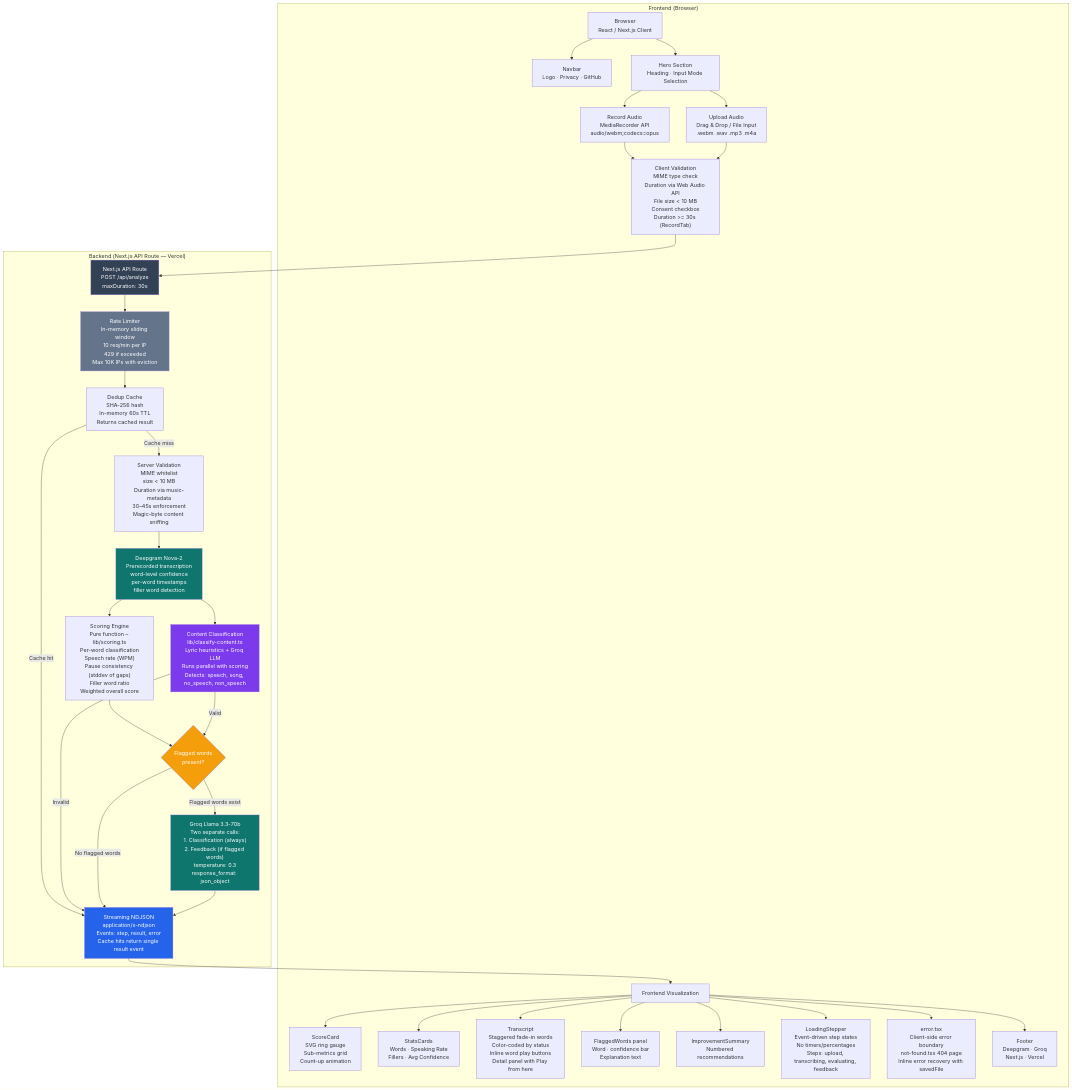
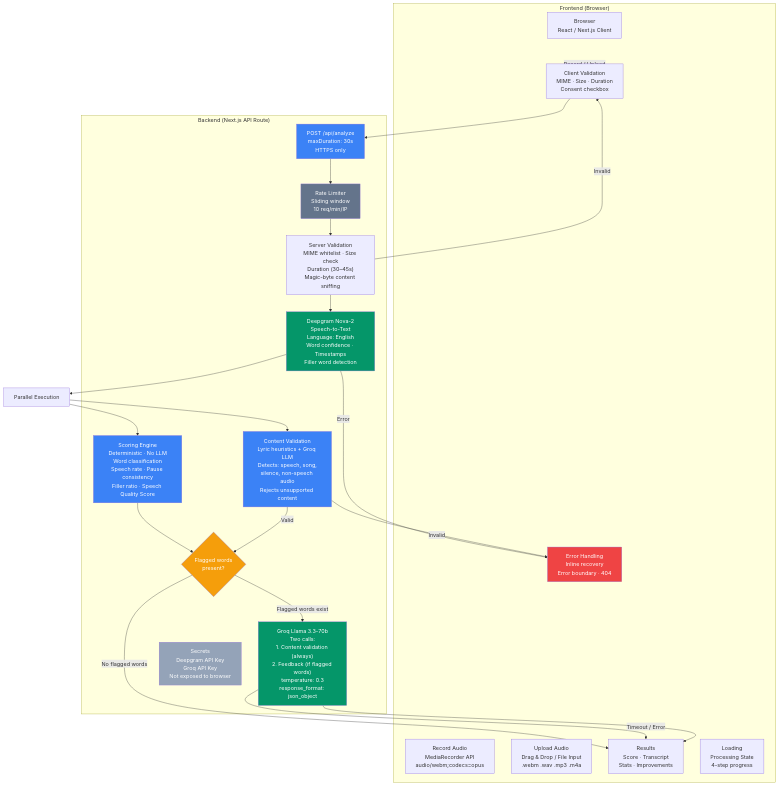
The diagram in ARCHITECTURE.md (Rahul-Aitla/livo), drawn with Mermaid before and after one commit. The commit also changed other lines of this file and 8 other files, not shown here.

Commit message:
architecture file

````diff
--- a/ARCHITECTURE.md
+++ b/ARCHITECTURE.md
@@ -5,182 +5,96 @@
 ```mermaid
 flowchart TB
-    Browser["Browser
+    subgraph Client ["Frontend (Browser)"]
+        Browser["Browser
 React / Next.js Client"]
-
-    Navbar["Navbar
-Logo · Privacy · GitHub"]
-
-    Hero["Hero Section
-Heading · Input Mode Selection"]
-
-    Record["Record Audio
+        Record["Record Audio
 MediaRecorder API
 audio/webm;codecs=opus"]
-
-    Upload["Upload Audio
+        Upload["Upload Audio
 Drag & Drop / File Input
 .webm .wav .mp3 .m4a"]
+        ClientValidation["Client Validation
+MIME · Size · Duration
+Consent checkbox"]
+        Results["Results
+Score · Transcript
+Stats · Improvements"]
+        Loading["Loading
+Processing State
+4-step progress"]
+        ErrorHandling["Error Handling
+Inline recovery
+Error boundary · 404"]
+    end
 
-    Validation["Client Validation
-MIME type check
-Duration via Web Audio API
-File size < 10 MB
-Consent checkbox
-Duration >= 30s (RecordTab)"]
-
-    API["Next.js API Route
-POST /api/analyze
-maxDuration: 30s"]
-
-    ServerValidation["Server Validation
-MIME whitelist
-size < 10 MB
-Duration via music-metadata
-30–45s enforcement
+    subgraph Server ["Backend (Next.js API Route)"]
+        API["POST /api/analyze
+maxDuration: 30s
+HTTPS only"]
+        RateLimit["Rate Limiter
+Sliding window
+10 req/min/IP"]
+        ServerValidation["Server Validation
+MIME whitelist · Size check
+Duration (30–45s)
 Magic-byte content sniffing"]
-
-    Dedup["Dedup Cache
-SHA-256 hash
-In-memory 60s TTL
-Returns cached result"]
-
-    RateLimit["Rate Limiter
-In-memory sliding window
-10 req/min per IP
-429 if exceeded
-Max 10K IPs with eviction"]
-
-    Deepgram["Deepgram Nova-2
-Prerecorded transcription
-word-level confidence
-per-word timestamps
-filler word detection"]
-
-    Scoring["Scoring Engine
-Pure function – lib/scoring.ts
-Per-word classification
-Speech rate (WPM)
-Pause consistency (stddev of gaps)
-Filler word ratio
-Weighted overall score"]
-
-    Classification["Content Classification
-lib/classify-content.ts
+        Deepgram["Deepgram Nova-2
+Speech-to-Text
+Language: English
+Word confidence · Timestamps
+Filler word detection"]
+        Scoring["Scoring Engine
+Deterministic · No LLM
+Word classification
+Speech rate · Pause consistency
+Filler ratio · Speech Quality Score"]
+        ContentValidation["Content Validation
 Lyric heuristics + Groq LLM
-Runs parallel with scoring
-Detects: speech, song, no_speech, non_speech"]
-
-    GroqCondition{"Flagged words
+Detects: speech, song,
+silence, non-speech audio
+Rejects unsupported content"]
+        GroqCondition{"Flagged words
 present?"}
-
-    Groq["Groq Llama 3.3-70b
-Two separate calls:
-1. Classification (always)
+        Groq["Groq Llama 3.3-70b
+Two calls:
+1. Content validation (always)
 2. Feedback (if flagged words)
 temperature: 0.3
 response_format: json_object"]
-
-    Stream["Streaming NDJSON
-application/x-ndjson
-Events: step, result, error
-Cache hits return single result event"]
-
-    FrontendUI["Frontend Visualization"]
-    ScoreCard["ScoreCard
-SVG ring gauge
-Sub-metrics grid
-Count-up animation"]
-    Stats["StatsCards
-Words · Speaking Rate
-Fillers · Avg Confidence"]
-    Transcript["Transcript
-Staggered fade-in words
-Color-coded by status
-Inline word play buttons
-Detail panel with Play from here"]
-    Flagged["FlaggedWords panel
-Word · confidence bar
-Explanation text"]
-    Improvements["ImprovementSummary
-Numbered recommendations"]
-    Loading["LoadingStepper
-Event-driven step states
-No timers/percentages
-Steps: upload, transcribing, evaluating, feedback"]
-    ErrorBoundary["error.tsx
-Client-side error boundary
-not-found.tsx 404 page
-Inline error recovery with savedFile"]
-    Footer["Footer
-Deepgram · Groq
-Next.js · Vercel"]
-
-    subgraph Frontend ["Frontend (Browser)"]
-        Browser
-        Navbar
-        Hero
-        Record
-        Upload
-        Validation
-        FrontendUI
-        ScoreCard
-        Stats
-        Transcript
-        Flagged
-        Improvements
-        Loading
-        ErrorBoundary
-        Footer
+        Secrets["Secrets
+Deepgram API Key
+Groq API Key
+Not exposed to browser"]
     end
 
-    subgraph Backend ["Backend (Next.js API Route — Vercel)"]
-        API
-        ServerValidation
-        RateLimit
-        Dedup
-        Deepgram
-        Scoring
-        Classification
-        GroqCondition
-        Groq
-        Stream
-    end
+    Client -->|"Record / Upload"| ClientValidation
+    ClientValidation --> API
+    API --> RateLimit
+    RateLimit --> ServerValidation
+    ServerValidation -->|"Invalid"| ClientValidation
+    ServerValidation --> Deepgram
+    Deepgram -->|"Error"| ErrorHandling
+    Deepgram --> Parallel
 
-    Browser --> Navbar
-    Browser --> Hero
-    Hero --> Record
-    Hero --> Upload
-    Record --> Validation
-    Upload --> Validation
-    Validation --> API
-    API --> RateLimit
-    RateLimit --> Dedup
-    Dedup -->|Cache hit| Stream
-    Dedup -->|Cache miss| ServerValidation
-    ServerValidation --> Deepgram
-    Deepgram --> Scoring
-    Deepgram --> Classification
+    Parallel["Parallel Execution"]
+    Parallel --> Scoring
+    Parallel --> ContentValidation
+
     Scoring --> GroqCondition
-    Classification -->|Invalid| Stream
-    Classification -->|Valid| GroqCondition
-    GroqCondition -- "No flagged words" --> Stream
+    ContentValidation -->|"Invalid"| ErrorHandling
+    ContentValidation -->|"Valid"| GroqCondition
+    GroqCondition -- "No flagged words" --> Results
     GroqCondition -- "Flagged words exist" --> Groq
-    Groq --> Stream
-    Stream --> FrontendUI
-    FrontendUI --> ScoreCard
-    FrontendUI --> Stats
-    FrontendUI --> Transcript
-    FrontendUI --> Flagged
-    FrontendUI --> Improvements
-    FrontendUI --> Loading
-    FrontendUI --> ErrorBoundary
-    FrontendUI --> Footer
+    Groq -->|"Timeout / Error"| Results
+    Groq --> Results
 
-    style Deepgram fill:#0F766E,color:#fff
-    style Groq fill:#0F766E,color:#fff
+    style Secrets fill:#94A3B8,color:#fff
+    style RateLimit fill:#64748B,color:#fff
+    style API fill:#3B82F6,color:#fff
+    style Deepgram fill:#059669,color:#fff
+    style Groq fill:#059669,color:#fff
+    style Scoring fill:#3B82F6,color:#fff
+    style ContentValidation fill:#3B82F6,color:#fff
     style GroqCondition fill:#F59E0B,color:#fff
-    style Classification fill:#7C3AED,color:#fff
-    style Stream fill:#2563EB,color:#fff
-    style API fill:#334155,color:#fff
-    style RateLimit fill:#64748B,color:#fff
+    style ErrorHandling fill:#EF4444,color:#fff
 ```
````
